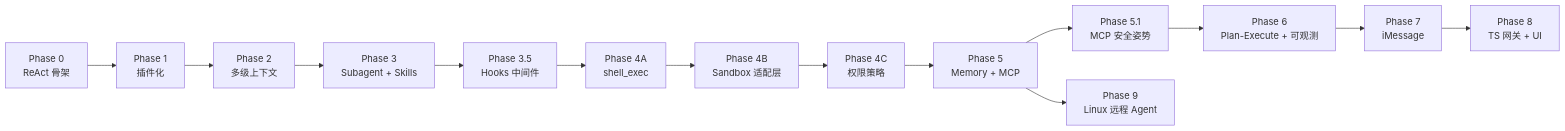
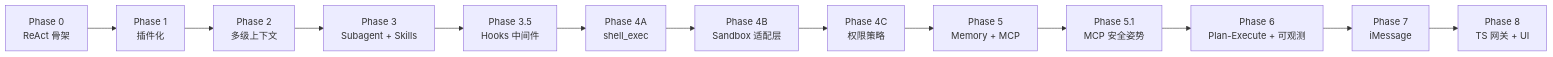
The diagram in ROADMAP.md (eastoc/CathyAgent), drawn with Mermaid before and after one commit. The commit also changed other lines of this file and 22 other files, not shown here.

Commit message:
CAD Agent: roadmap and schema layer

````diff
--- a/ROADMAP.md
+++ b/ROADMAP.md
@@ -427,16 +413,15 @@
 ```mermaid
 flowchart LR
   P0[Phase 0<br/>ReAct 骨架] --> P1[Phase 1<br/>插件化]
   P1 --> P2[Phase 2<br/>多级上下文]
   P2 --> P3[Phase 3<br/>Subagent + Skills]
   P3 --> P35[Phase 3.5<br/>Hooks 中间件]
   P35 --> P4A[Phase 4A<br/>shell_exec]
   P4A --> P4B[Phase 4B<br/>Sandbox 适配层]
   P4B --> P4C[Phase 4C<br/>权限策略]
   P4C --> P5[Phase 5<br/>Memory + MCP]
   P5 --> P51[Phase 5.1<br/>MCP 安全姿势]
   P51 --> P6[Phase 6<br/>Plan-Execute + 可观测]
   P6 --> P7[Phase 7<br/>iMessage]
   P7 --> P8[Phase 8<br/>TS 网关 + UI]
-  P5 --> P9[Phase 9<br/>Linux 远程 Agent]
 ```
````
